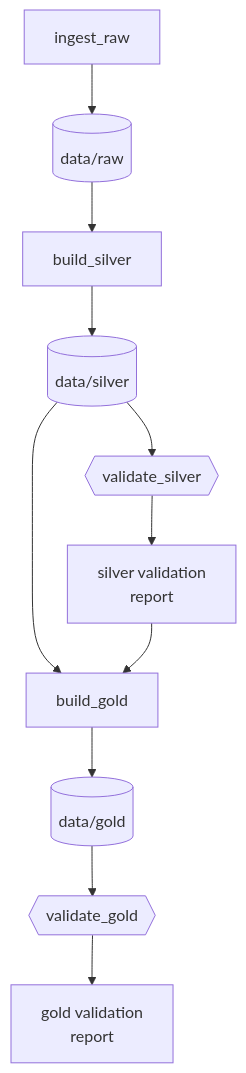
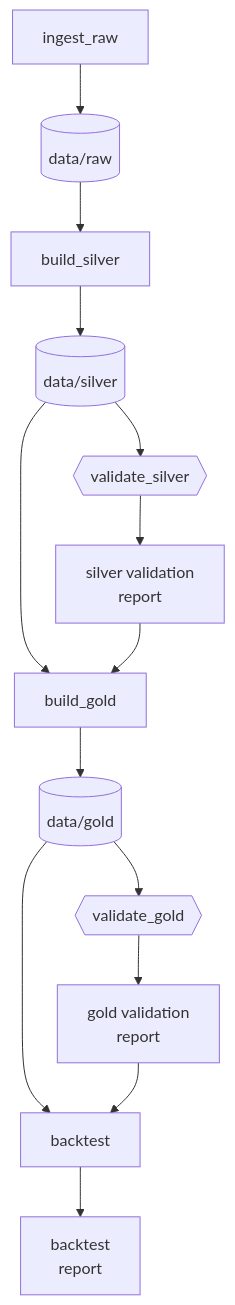
One commit to hazimmm/nyc-taxi-demand-mlops changed the diagram in docs/learning/21-a-pipeline-that-knows-what-changed.md. Above: the diagram before and after it, drawn with Mermaid. The commit also changed other lines of this file and 48 other files, not shown here.

````diff
--- a/docs/learning/21-a-pipeline-that-knows-what-changed.md
+++ b/docs/learning/21-a-pipeline-that-knows-what-changed.md
@@ -98,13 +98,16 @@
 ```mermaid
 flowchart TD
     A["ingest_raw"] --> R[("data/raw")]
     R --> B["build_silver"]
     B --> S[("data/silver")]
     S --> G1{{"validate_silver"}}
     G1 --> P1["silver validation<br/>report"]
     S --> C["build_gold"]
     P1 --> C
     C --> GO[("data/gold")]
     GO --> G2{{"validate_gold"}}
     G2 --> P2["gold validation<br/>report"]
+    GO --> BT["backtest"]
+    P2 --> BT
+    BT --> P3["backtest<br/>report"]
 ```
````
